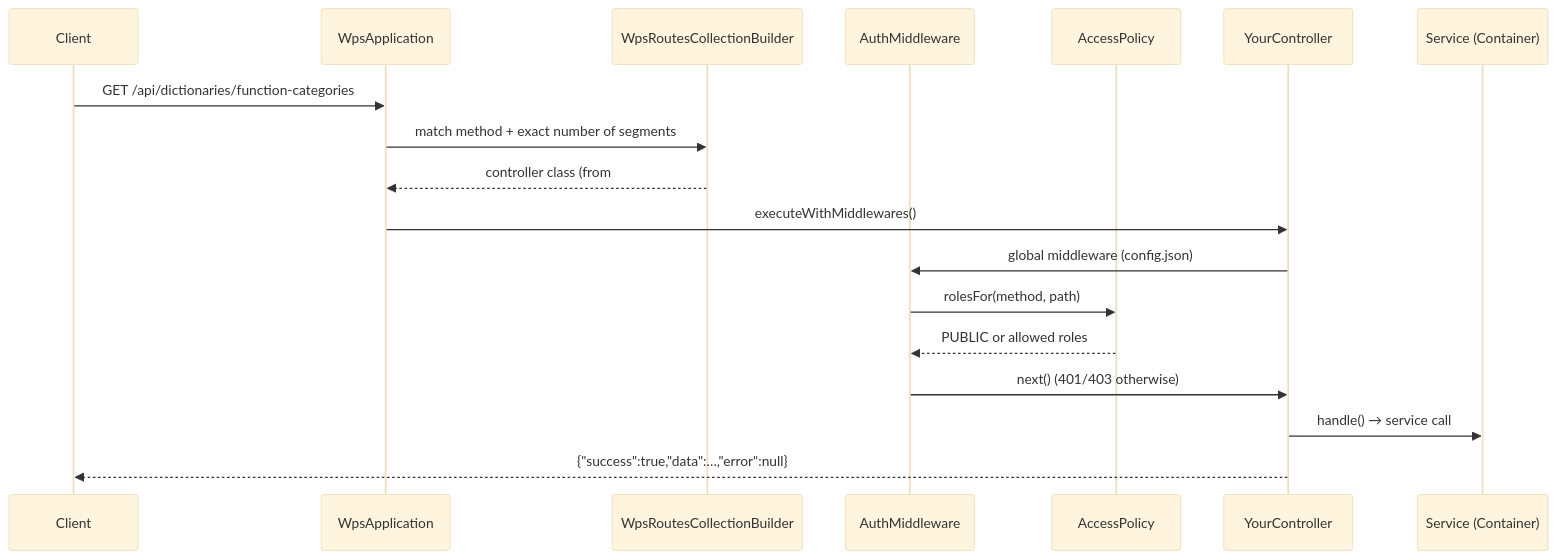
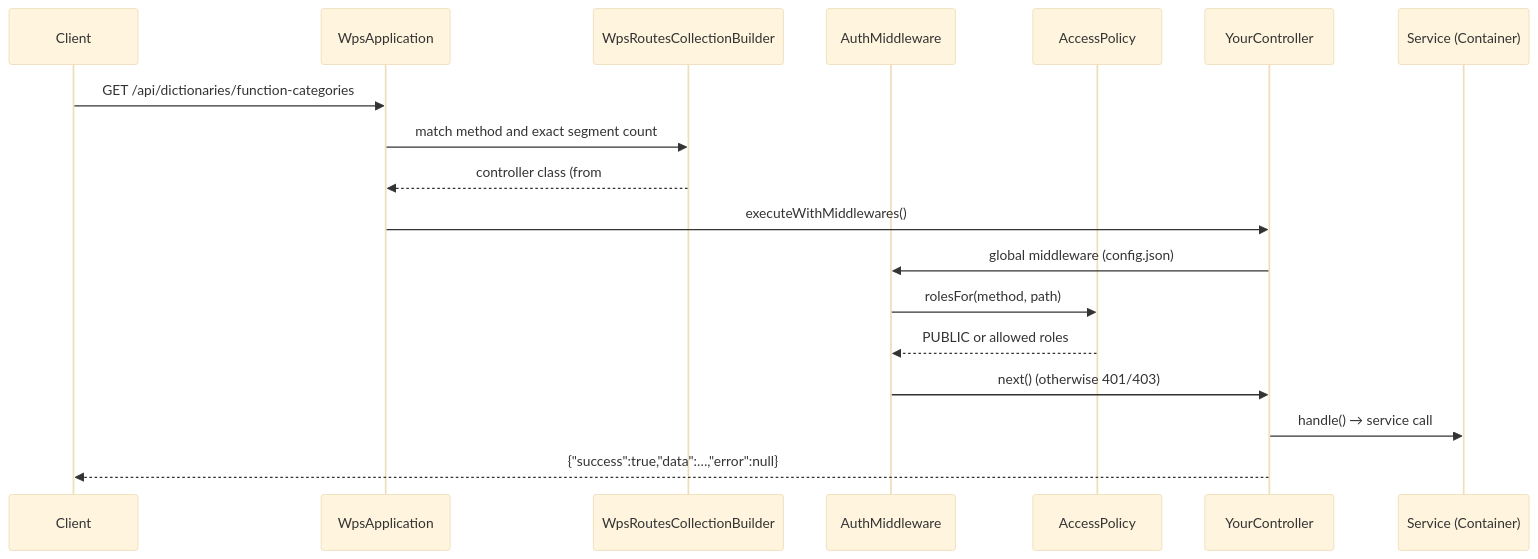
Before and after one commit to madarch-labs/Workflow-Processing-Service: the diagram in doc/en/07-developer-guide/extending/new-api-endpoint.md, drawn with Mermaid (base theme). The commit also changed other lines of this file and 200 other files, not shown here.

````diff
--- a/doc/en/07-developer-guide/extending/new-api-endpoint.md
+++ b/doc/en/07-developer-guide/extending/new-api-endpoint.md
@@ -20,20 +33,20 @@
 ```mermaid
 sequenceDiagram
     participant C as Client
     participant A as WpsApplication
     participant R as WpsRoutesCollectionBuilder
     participant M as AuthMiddleware
     participant P as AccessPolicy
     participant Ctl as YourController
     participant S as Service (Container)
     C->>A: GET /api/dictionaries/function-categories
-    A->>R: match method + exact number of segments
+    A->>R: match method and exact segment count
     R-->>A: controller class (from #[Route])
     A->>Ctl: executeWithMiddlewares()
     Ctl->>M: global middleware (config.json)
     M->>P: rolesFor(method, path)
     P-->>M: PUBLIC or allowed roles
-    M->>Ctl: next() (401/403 otherwise)
+    M->>Ctl: next() (otherwise 401/403)
     Ctl->>S: handle() → service call
     Ctl-->>C: {"success":true,"data":…,"error":null}
 ```
````
